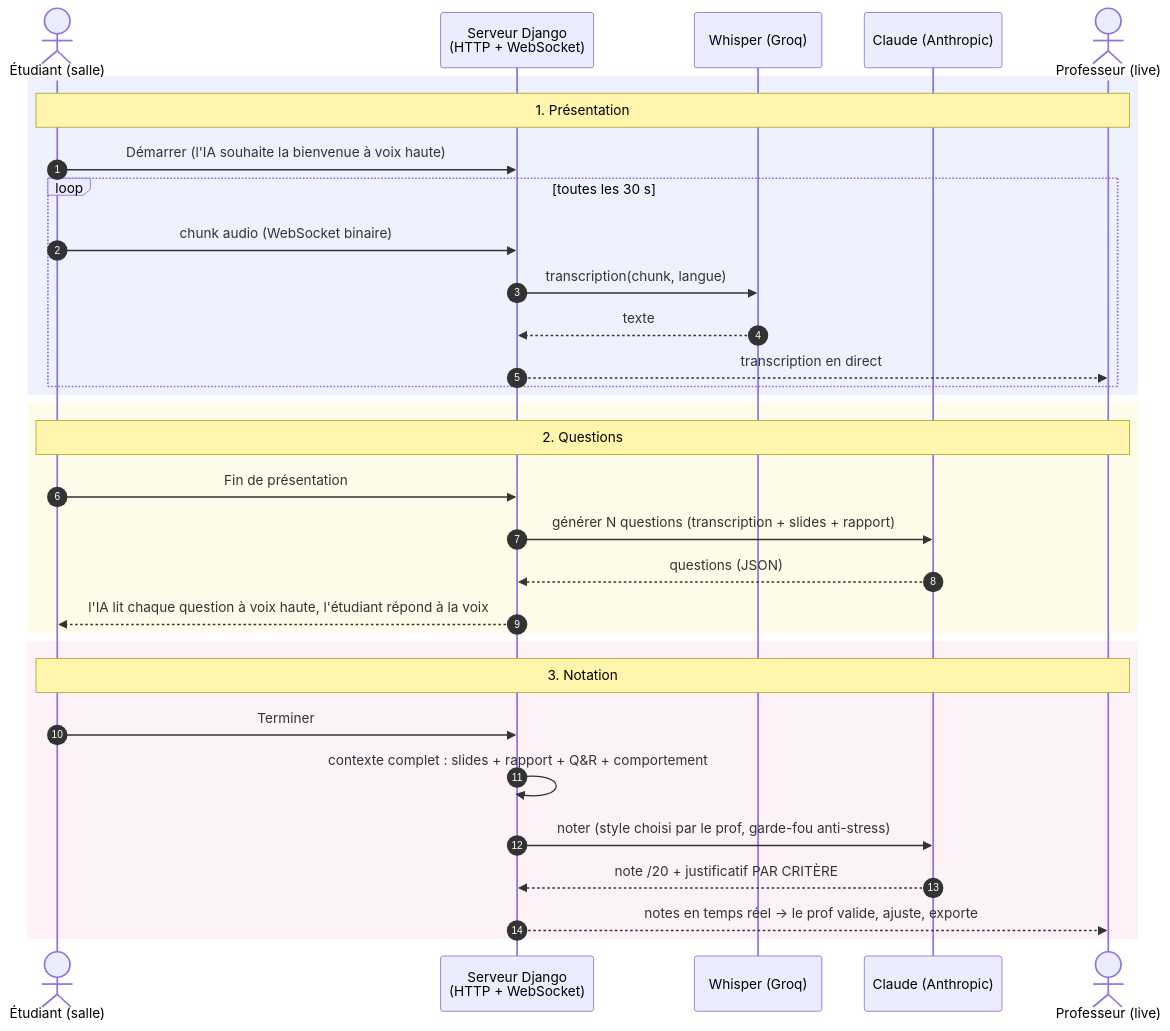
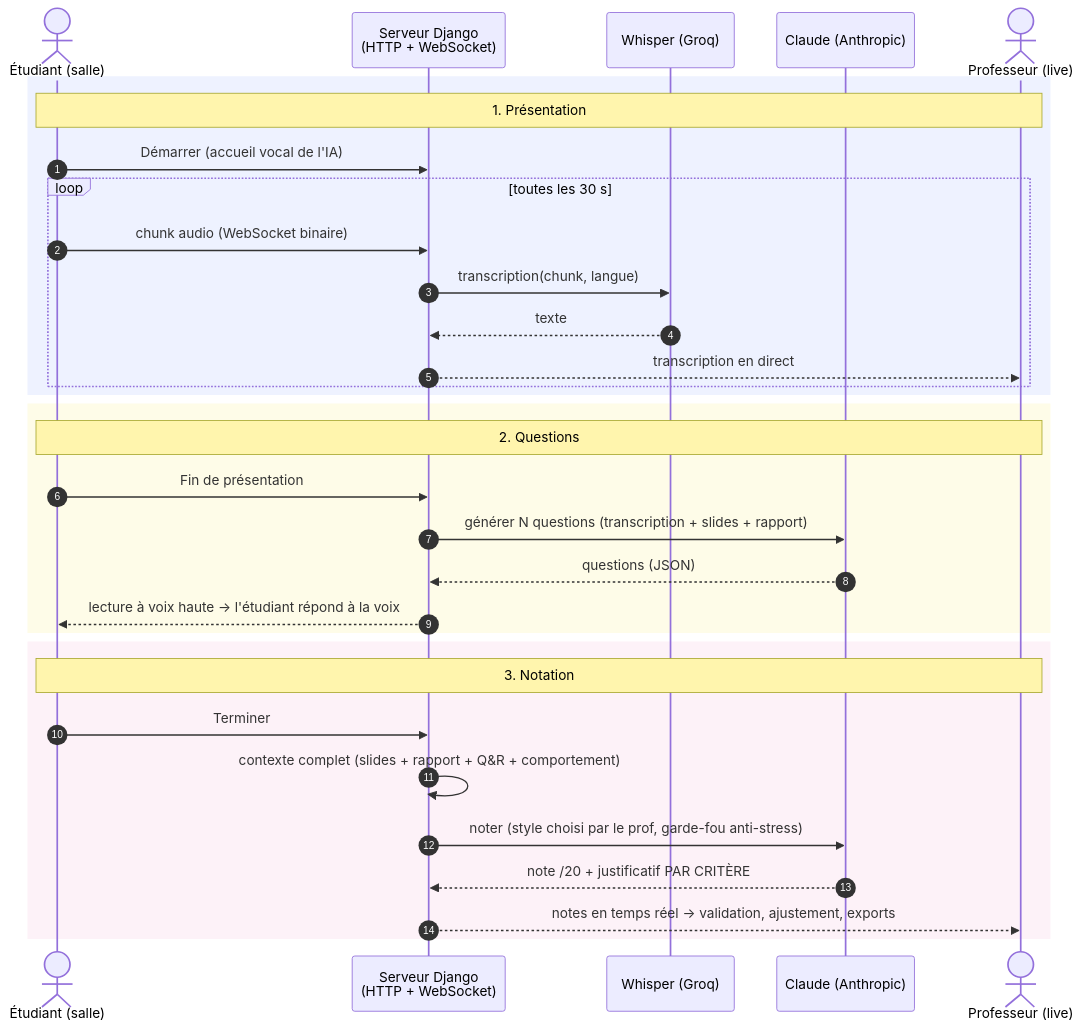
Before and after one commit to ZIADEA/SOUTENANCENNOTATIONBYAI: the second of 2 diagrams in presentation.md, drawn with Mermaid. The commit also changed other lines of this file, not shown here.

Commit message:
presentation: resserree a 8 slides / 8 minutes (probleme, solution, technos, archi, sequence, jury IA, conclusion)

````diff
--- a/presentation.md
+++ b/presentation.md
@@ -142,37 +108,37 @@
 ```mermaid
 sequenceDiagram
     autonumber
     actor E as Étudiant (salle)
     participant S as Serveur Django<br>(HTTP + WebSocket)
     participant W as Whisper (Groq)
     participant C as Claude (Anthropic)
     actor P as Professeur (live)
 
     rect rgb(238, 242, 255)
     note over E,P: 1. Présentation
-    E->>S: Démarrer (l'IA souhaite la bienvenue à voix haute)
+    E->>S: Démarrer (accueil vocal de l'IA)
     loop toutes les 30 s
         E->>S: chunk audio (WebSocket binaire)
         S->>W: transcription(chunk, langue)
         W-->>S: texte
         S-->>P: transcription en direct
     end
     end
 
     rect rgb(254, 252, 232)
     note over E,P: 2. Questions
     E->>S: Fin de présentation
     S->>C: générer N questions (transcription + slides + rapport)
     C-->>S: questions (JSON)
-    S-->>E: l'IA lit chaque question à voix haute, l'étudiant répond à la voix
+    S-->>E: lecture à voix haute → l'étudiant répond à la voix
     end
 
     rect rgb(253, 242, 248)
     note over E,P: 3. Notation
     E->>S: Terminer
-    S->>S: contexte complet : slides + rapport + Q&R + comportement
+    S->>S: contexte complet (slides + rapport + Q&R + comportement)
     S->>C: noter (style choisi par le prof, garde-fou anti-stress)
     C-->>S: note /20 + justificatif PAR CRITÈRE
-    S-->>P: notes en temps réel → le prof valide, ajuste, exporte
+    S-->>P: notes en temps réel → validation, ajustement, exports
     end
 ```
````
